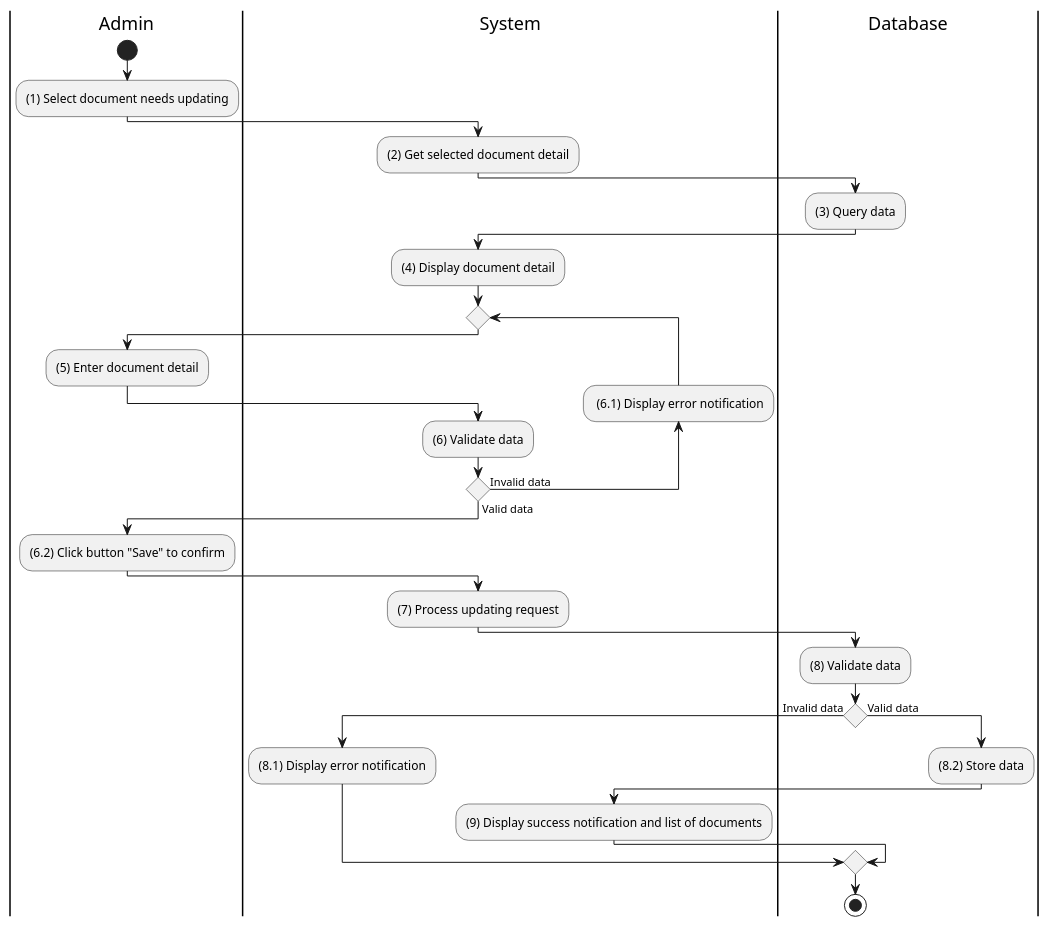
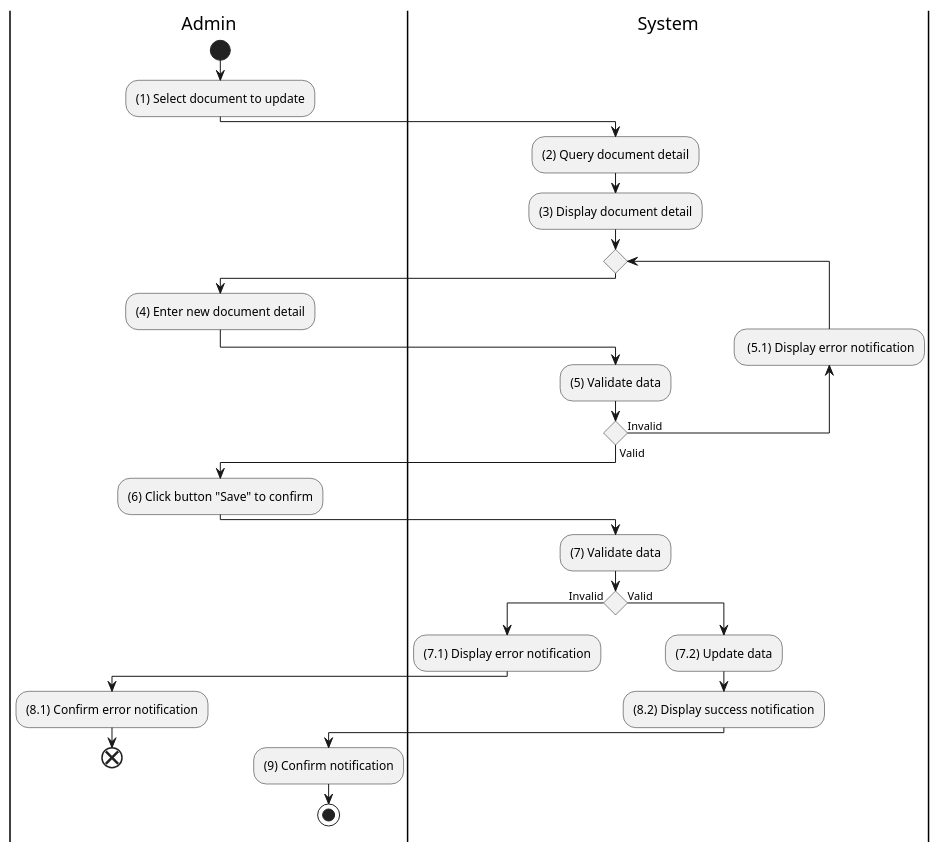
Before and after one commit to electricilies/electricilies.github.io: the diagram in docs/software-docs/activity/adjust-document/update-document.md, drawn with PlantUML. The commit also changed 47 other files, not shown here.

````diff
--- a/docs/software-docs/activity/adjust-document/update-document.md
+++ b/docs/software-docs/activity/adjust-document/update-document.md
@@ -3,42 +3,37 @@
 ```plantuml
 @startuml
 |A|Admin
 |S|System
-|D|Database
 
 |A|
 start
-:(1) Select document needs updating;
+:(1) Select document to update;
 |S|
-:(2) Get selected document detail;
-|D|
-:(3) Query data;
-|S|
-:(4) Display document detail;
+:(2) Query document detail;
+:(3) Display document detail;
 repeat
   |A|
-  :(5) Enter document detail;
+  :(4) Enter new document detail;
   |S|
-  :(6) Validate data;
-backward: (6.1) Display error notification;
-repeat while () is (Invalid data) not (Valid data)
+  :(5) Validate data;
+backward: (5.1) Display error notification;
+repeat while () is (Invalid) not (Valid)
 |A|
-:(6.2) Click button "Save" to confirm;
+:(6) Click button "Save" to confirm;
 |S|
-:(7) Process updating request;
-|D|
-:(8) Validate data;
-if () then (Invalid data)
+:(7) Validate data;
+if () then (Invalid)
+  :(7.1) Display error notification;
+  |A|
+  :(8.1) Confirm error notification;
+  end
+else (Valid)
   |S|
-  :(8.1) Display error notification;
-else (Valid data)
-  |D|
-  :(8.2) Store data;
-  |S|
-  :(9) Display success notification and list of documents;
+  :(7.2) Update data;
+  :(8.2) Display success notification;
+  |A|
+  :(9) Confirm notification;
+  stop
 endif
-|D|
-stop
-
 @enduml
 ```
````
